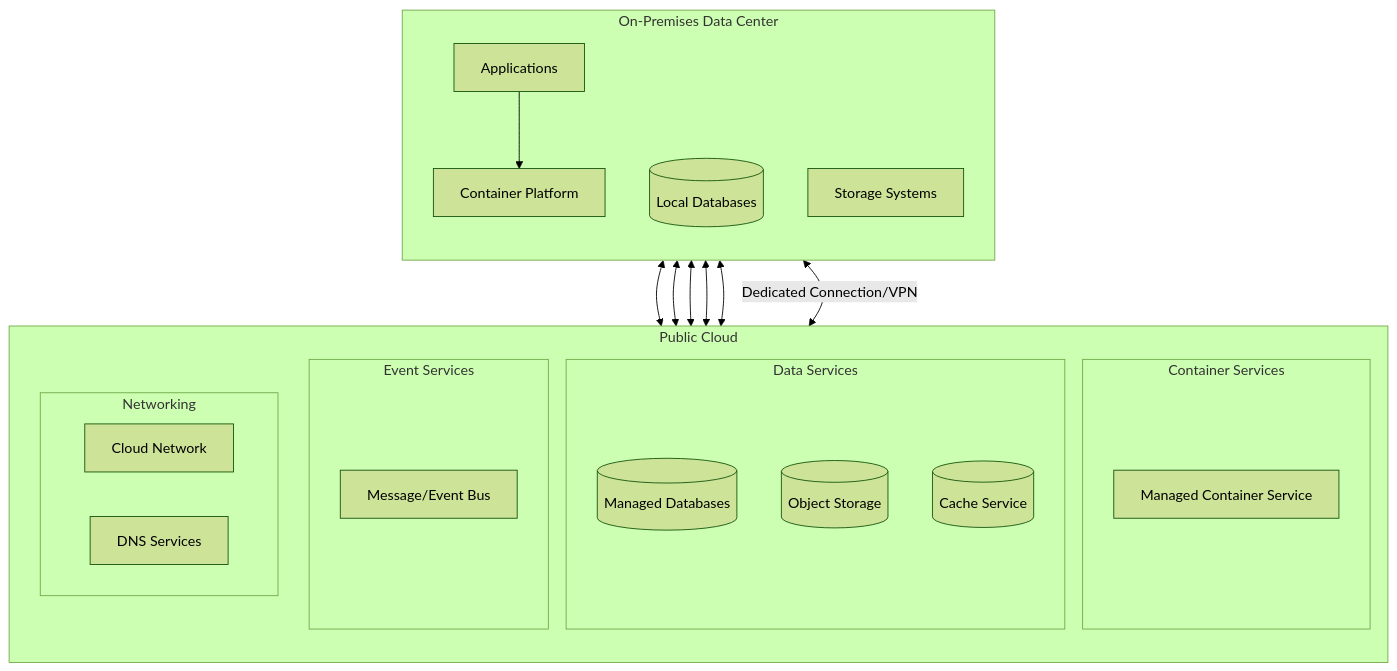
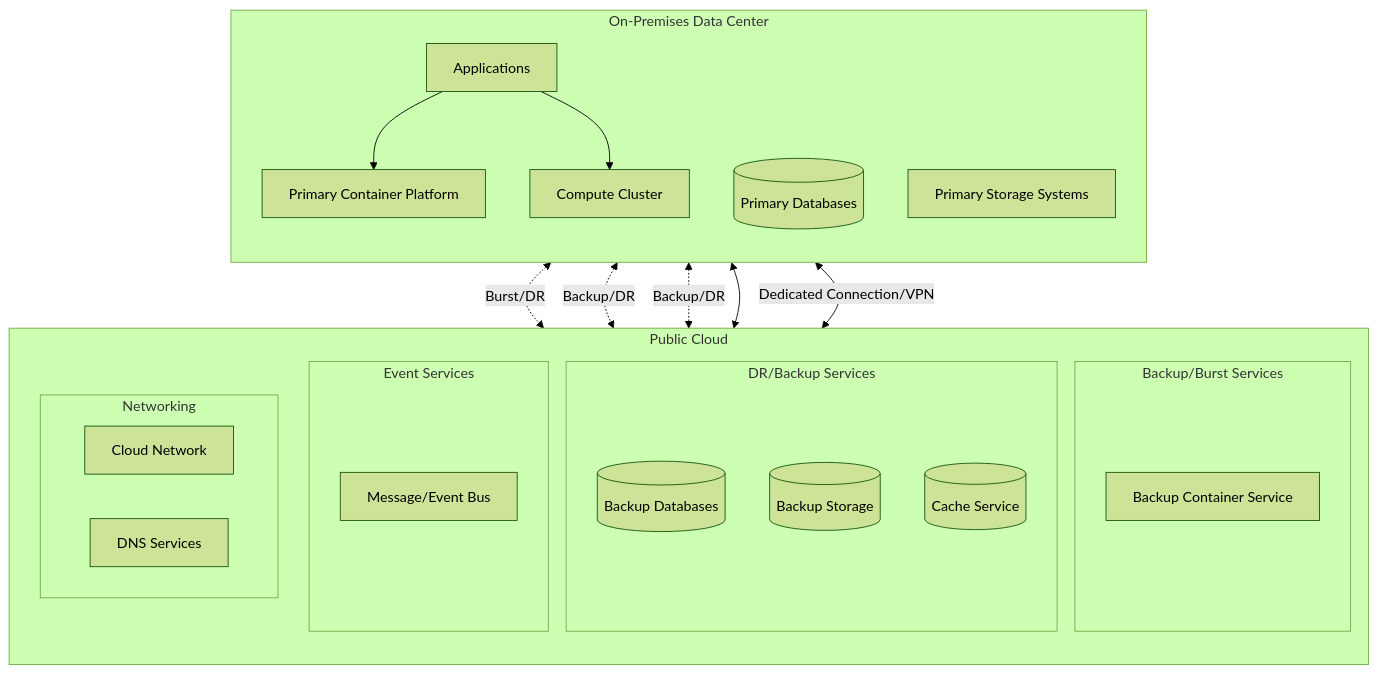
The diagram in Generic-HybridCloud.md (henryrestive/infra-docs), drawn with Mermaid (forest theme) before and after one commit.

Commit message:
Revising to express the role of on-opremises system

````diff
--- a/Generic-HybridCloud.md
+++ b/Generic-HybridCloud.md
@@ -8,40 +8,41 @@
 ```mermaid
 graph TB
     subgraph OnPrem[On-Premises Data Center]
         direction TB
         Apps[Applications]
-        ContainerPlatform[Container Platform]
-        LocalDB[(Local Databases)]
-        LocalStorage[Storage Systems]
+        ContainerPlatform[Primary Container Platform]
+        PrimaryDB[(Primary Databases)]
+        PrimaryStorage[Primary Storage Systems]
+        ComputeCluster[Compute Cluster]
     end
 
     subgraph Cloud[Public Cloud]
         direction TB
-        subgraph Compute[Container Services]
-            ManagedContainers[Managed Container Service]
+        subgraph Compute[Backup/Burst Services]
+            BackupContainers[Backup Container Service]
         end
         
-        subgraph Data[Data Services]
-            ManagedDB[(Managed Databases)]
-            ObjectStorage[(Object Storage)]
+        subgraph Data[DR/Backup Services]
+            BackupDB[(Backup Databases)]
+            BackupStorage[(Backup Storage)]
             Cache[(Cache Service)]
         end
         
         subgraph Messaging[Event Services]
             EventBus[Message/Event Bus]
         end
         
         subgraph Network[Networking]
             CloudNet[Cloud Network]
             DNS[DNS Services]
         end
     end
 
     OnPrem <--> |Dedicated Connection/VPN| Network
     Apps --> ContainerPlatform
-    ContainerPlatform <--> ManagedContainers
-    LocalDB <--> ManagedDB
-    LocalStorage <--> ObjectStorage
+    Apps --> ComputeCluster
+    ContainerPlatform <-.->|Burst/DR| BackupContainers
+    PrimaryDB <-.->|Backup/DR| BackupDB
+    PrimaryStorage <-.->|Backup/DR| BackupStorage
     Apps <--> EventBus
-    ContainerPlatform <--> Cache
 ```
````
